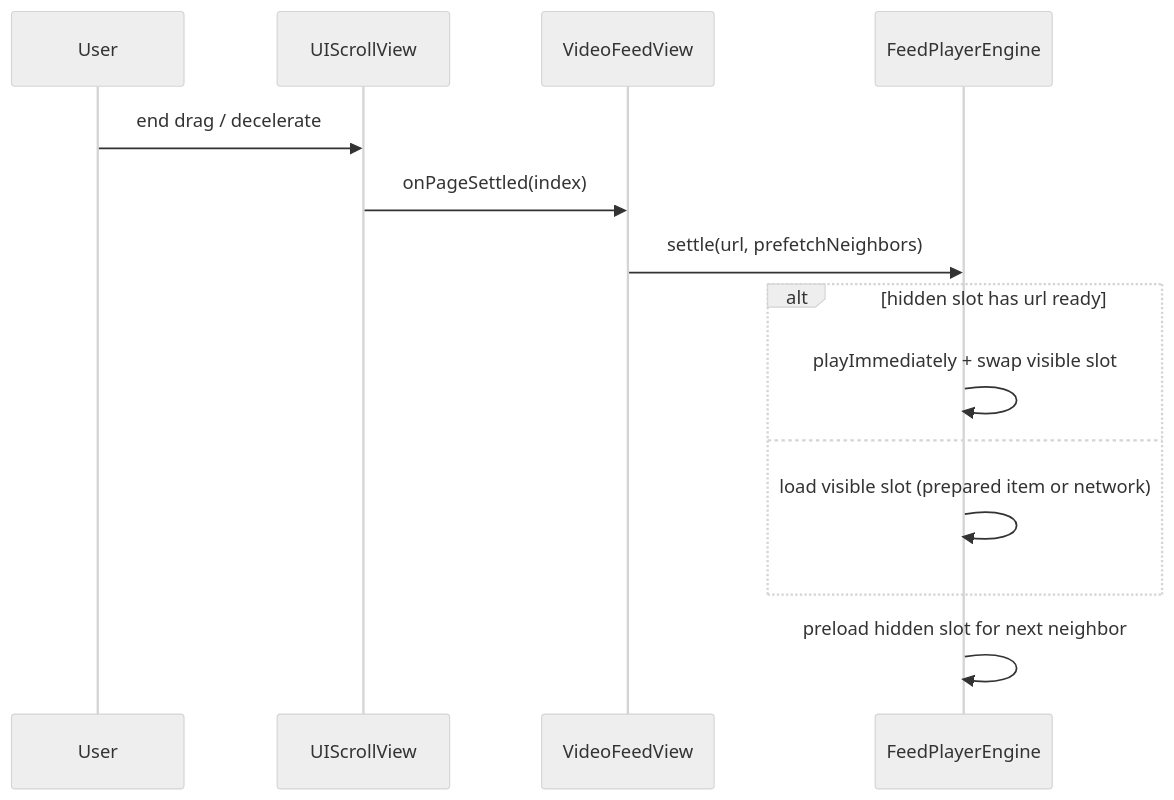
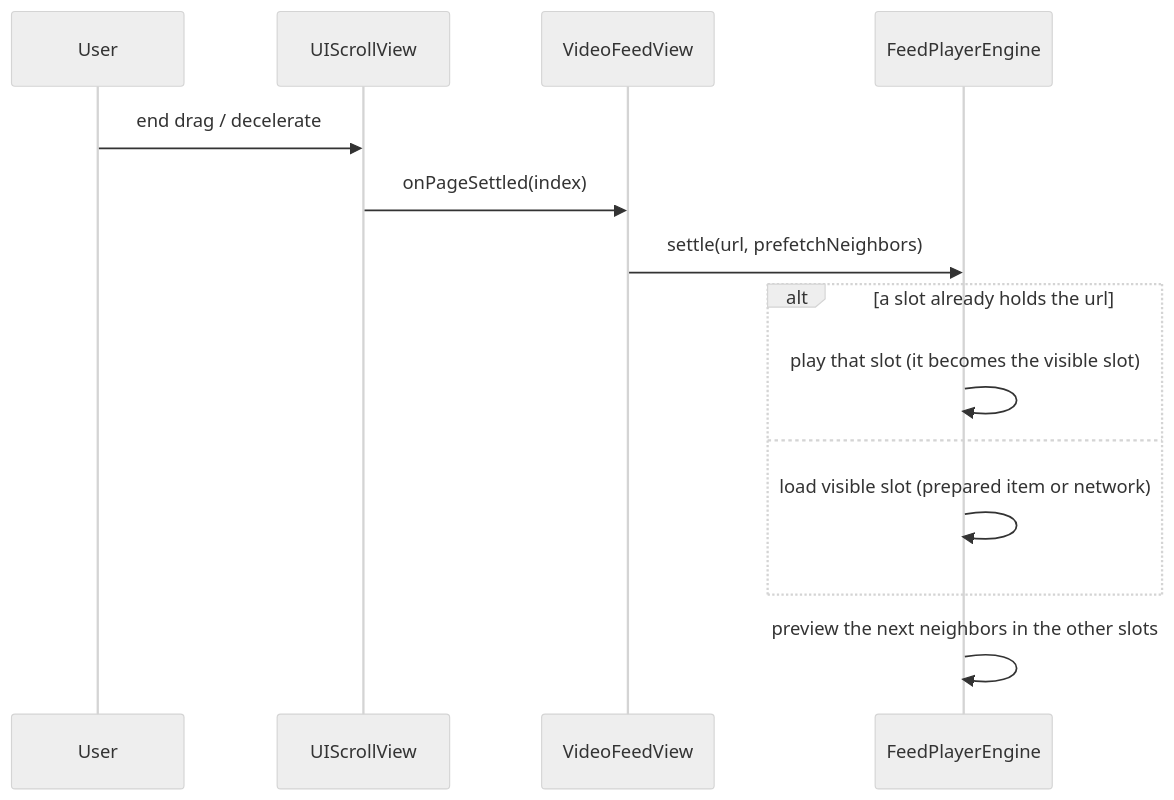
Before and after one commit to SomsakGitHub/Marauders: the second of 7 diagrams in ARCHITECTURE.md, drawn with Mermaid (neutral theme). The commit also changed other lines of this file and 1 other file, not shown here.

First line of the commit message:
Bring README and ARCHITECTURE in line with the code

````diff
--- a/ARCHITECTURE.md
+++ b/ARCHITECTURE.md
@@ -117,17 +130,17 @@
 ```mermaid
 sequenceDiagram
   participant User
   participant Scroll as UIScrollView
   participant Feed as VideoFeedView
   participant Engine as FeedPlayerEngine
 
   User->>Scroll: end drag / decelerate
   Scroll->>Feed: onPageSettled(index)
   Feed->>Engine: settle(url, prefetchNeighbors)
-  alt hidden slot has url ready
-    Engine->>Engine: playImmediately + swap visible slot
+  alt a slot already holds the url
+    Engine->>Engine: play that slot (it becomes the visible slot)
   else
     Engine->>Engine: load visible slot (prepared item or network)
   end
-  Engine->>Engine: preload hidden slot for next neighbor
+  Engine->>Engine: preview the next neighbors in the other slots
 ```
````
